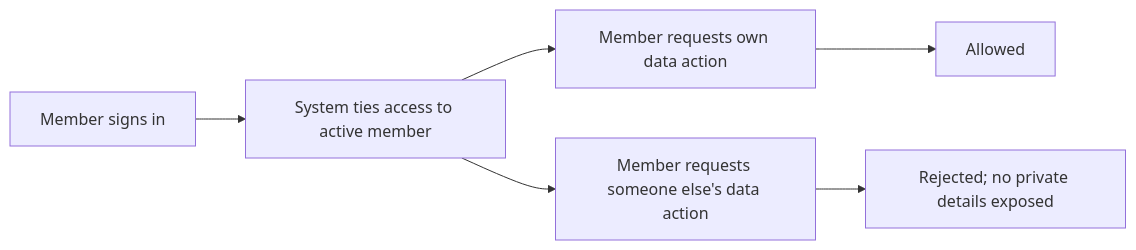
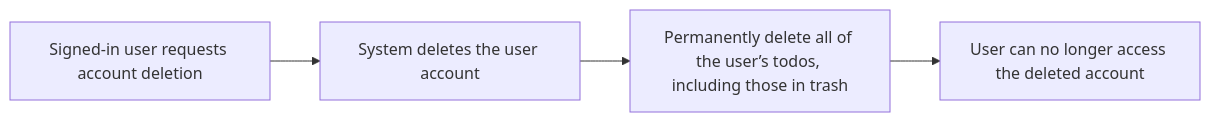
The second of 2 diagrams in openai/gpt-5.4-nano/todo/docs/analysis/01-actors-and-auth.md (wrtnlabs/autobe-examples), drawn with Mermaid before and after one commit. The commit also changed other lines of this file and 32093 other files, not shown here.

````diff
--- a/openai/gpt-5.4-nano/todo/docs/analysis/01-actors-and-auth.md
+++ b/openai/gpt-5.4-nano/todo/docs/analysis/01-actors-and-auth.md
@@ -266,8 +245,6 @@
 ```mermaid
 flowchart LR
-  A["Member signs in"] --> B["System ties access to active member"]
-  B --> C["Member requests own data action"]
-  C --> D["Allowed"]
-  B --> E["Member requests someone else's data action"]
-  E --> F["Rejected; no private details exposed"]
+    A[Signed-in user requests account deletion] --> B[System deletes the user account]
+    B --> C[Permanently delete all of the user’s todos, including those in trash]
+    C --> D[User can no longer access the deleted account]
 ```
````
